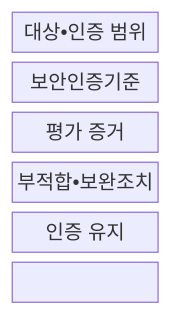
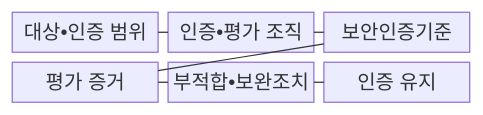
The first of 2 diagrams in src/content/docs/notes/06-evaluation/048_csap_assessment.md (agnusdei1207/knowledge-base), drawn with Mermaid before and after one commit. The commit also changed other lines of this file and 15 other files, not shown here.

````diff
--- a/src/content/docs/notes/06-evaluation/048_csap_assessment.md
+++ b/src/content/docs/notes/06-evaluation/048_csap_assessment.md
@@ -69,11 +72,11 @@
 ```mermaid
 block-beta
-  columns 1
-  S["대상•인증 범위"]
-  C["보안인증기준"]
-  E["평가 증거"]
-  R["부적합•보완조치"]
-  M["인증 유지"]
-  S --- C --- E
-  E --- R --- M
+  columns 3
+  S["대상•인증 범위"] O["인증•평가 조직"] C["보안인증기준"]
+  E["평가 증거"] R["부적합•보완조치"] M["인증 유지"]
+  S --- O
+  O --- C
+  C --- E
+  E --- R
+  R --- M
 ```
````
